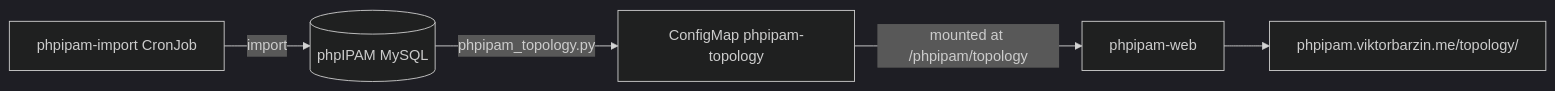
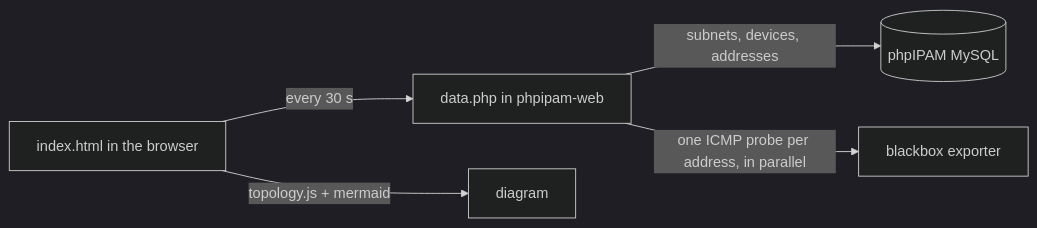
One commit to ViktorBarzin/infra changed the second of 2 diagrams in docs/plans/2026-10-13-phpipam-inventory.md. Above: the diagram before and after it, drawn with Mermaid (dark theme). The commit also changed other lines of this file and 8 other files, not shown here.

First line of the commit message:
phpipam: make the topology page live

````diff
--- a/docs/plans/2026-10-13-phpipam-inventory.md
+++ b/docs/plans/2026-10-13-phpipam-inventory.md
@@ -112,7 +111,7 @@
 ```mermaid
 flowchart LR
-  job[phpipam-import CronJob] -->|import| db[(phpIPAM MySQL)]
-  db -->|phpipam_topology.py| cm[ConfigMap phpipam-topology]
-  cm -->|mounted at /phpipam/topology| web[phpipam-web]
-  web --> page[phpipam.viktorbarzin.me/topology/]
+  page[index.html in the browser] -->|every 30 s| php[data.php in phpipam-web]
+  php -->|subnets, devices, addresses| db[(phpIPAM MySQL)]
+  php -->|one ICMP probe per address, in parallel| bb[blackbox exporter]
+  page -->|topology.js + mermaid| svg[diagram]
 ```
````
